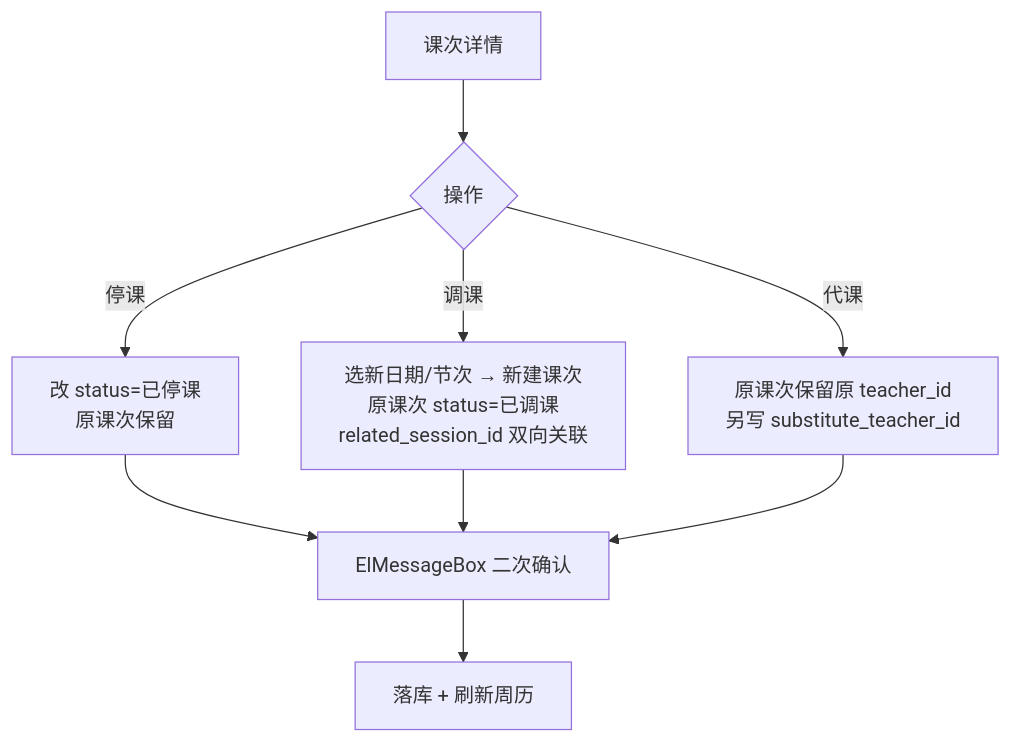
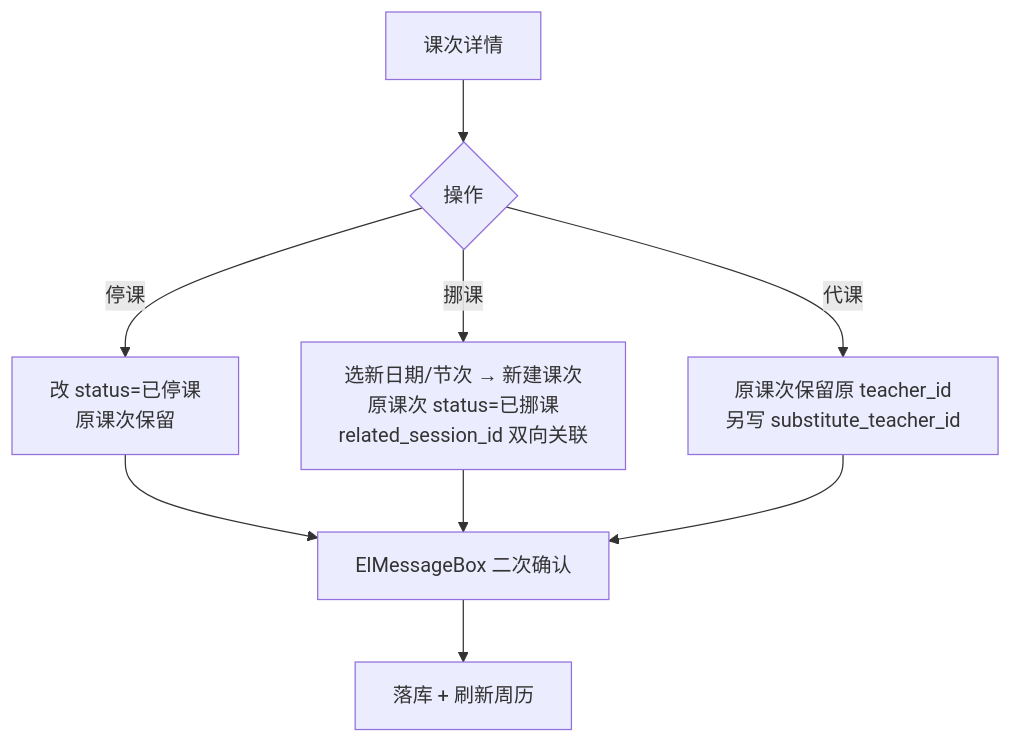
One commit to gary0828/chuanwai changed the second of 3 diagrams in server/docs/021-课次实体与任课关系-PRD.md. Above: the diagram before and after it, drawn with Mermaid. The commit also changed other lines of this file and 35 other files, not shown here.

````diff
--- a/server/docs/021-课次实体与任课关系-PRD.md
+++ b/server/docs/021-课次实体与任课关系-PRD.md
@@ -277,8 +278,8 @@
 ```mermaid
 flowchart TD
   A[课次详情] --> B{操作}
   B -->|停课| C[改 status=已停课<br/>原课次保留]
-  B -->|调课| D[选新日期/节次 → 新建课次<br/>原课次 status=已调课<br/>related_session_id 双向关联]
+  B -->|挪课| D[选新日期/节次 → 新建课次<br/>原课次 status=已挪课<br/>related_session_id 双向关联]
   B -->|代课| E[原课次保留原 teacher_id<br/>另写 substitute_teacher_id]
   C & D & E --> F[ElMessageBox 二次确认] --> G[落库 + 刷新周历]
 ```
````
